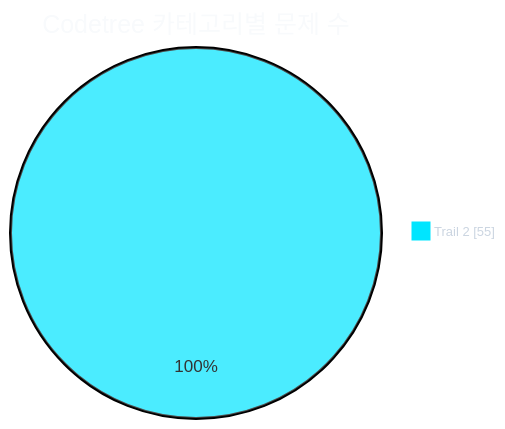
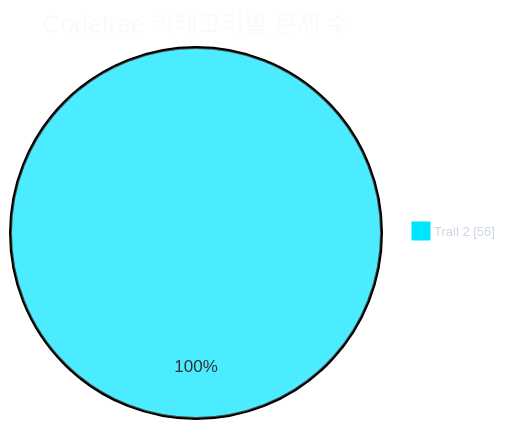
The first of 2 diagrams in readme.md (CHOOSLA/Algorithm), drawn with Mermaid before and after one commit. The commit also changed other lines of this file and 2 other files, not shown here.

````diff
--- a/readme.md
+++ b/readme.md
@@ -31,21 +31,21 @@
 ```mermaid
 ---
 config:
   theme: base
   themeVariables:
     background: '#0d1117'
     pieTitleTextColor: '#f8fafc'
     pieLegendTextColor: '#cbd5e1'
     pieLegendTextSize: '13px'
     pie1: '#00e5ff'
     pie2: '#22c55e'
     pie3: '#f59e0b'
     pie4: '#a855f7'
     pie5: '#ec4899'
     pie6: '#3b82f6'
     pie7: '#64748b'
 ---
 pie showData
   title Codetree 카테고리별 문제 수
-  "Trail 2" : 55
+  "Trail 2" : 56
 ```
````
